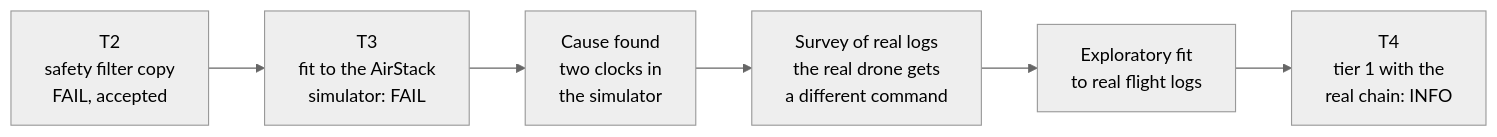
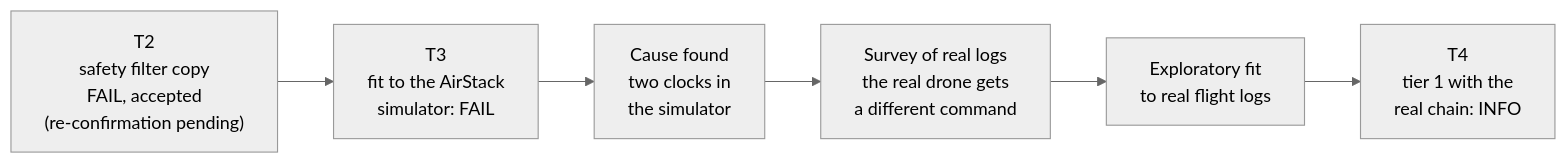
Before and after one commit to AI-DA-STC/AirStack-starling-max2: the first of 2 diagrams in svg_training/docs/S1_RESULTS.md, drawn with Mermaid (neutral theme). The commit also changed other lines of this file and 26 other files, not shown here.

````diff
--- a/svg_training/docs/S1_RESULTS.md
+++ b/svg_training/docs/S1_RESULTS.md
@@ -32,8 +32,8 @@
 ```mermaid
 flowchart LR
-  A["T2<br/>safety filter copy<br/>FAIL, accepted"] --> B["T3<br/>fit to the AirStack<br/>simulator: FAIL"]
+  A["T2<br/>safety filter copy<br/>FAIL, accepted<br/>(re-confirmation pending)"] --> B["T3<br/>fit to the AirStack<br/>simulator: FAIL"]
   B --> C["Cause found<br/>two clocks in<br/>the simulator"]
   C --> D["Survey of real logs<br/>the real drone gets<br/>a different command"]
   D --> E["Exploratory fit<br/>to real flight logs"]
   E --> F["T4<br/>tier 1 with the<br/>real chain: INFO"]
 ```
````
